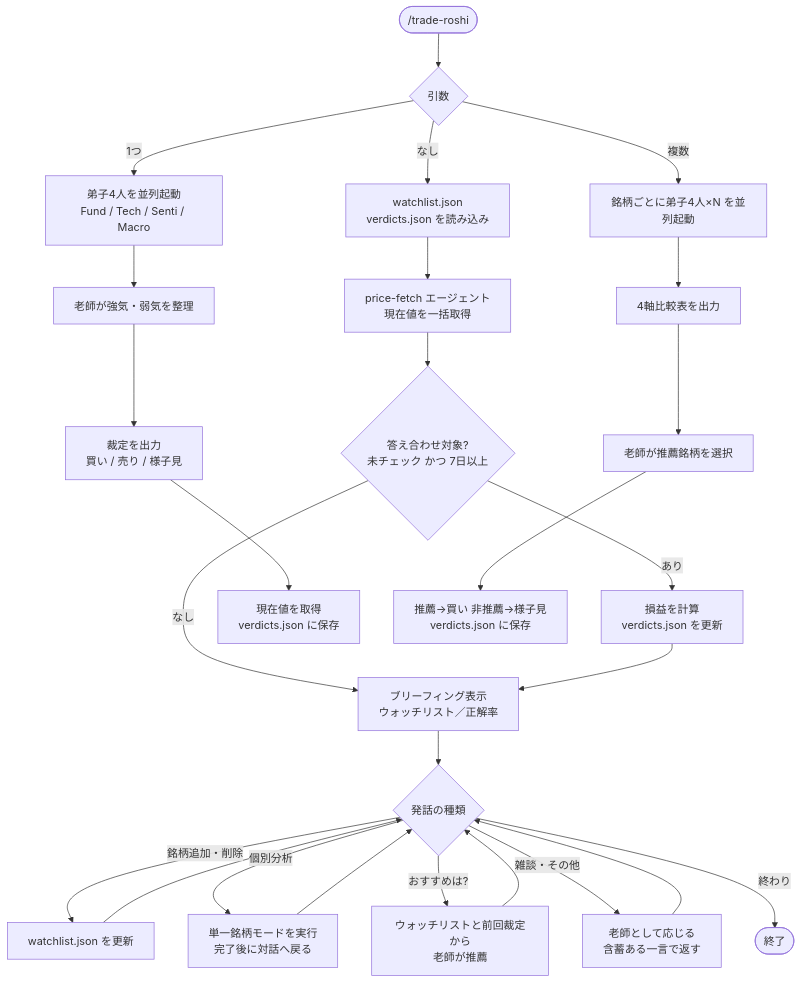
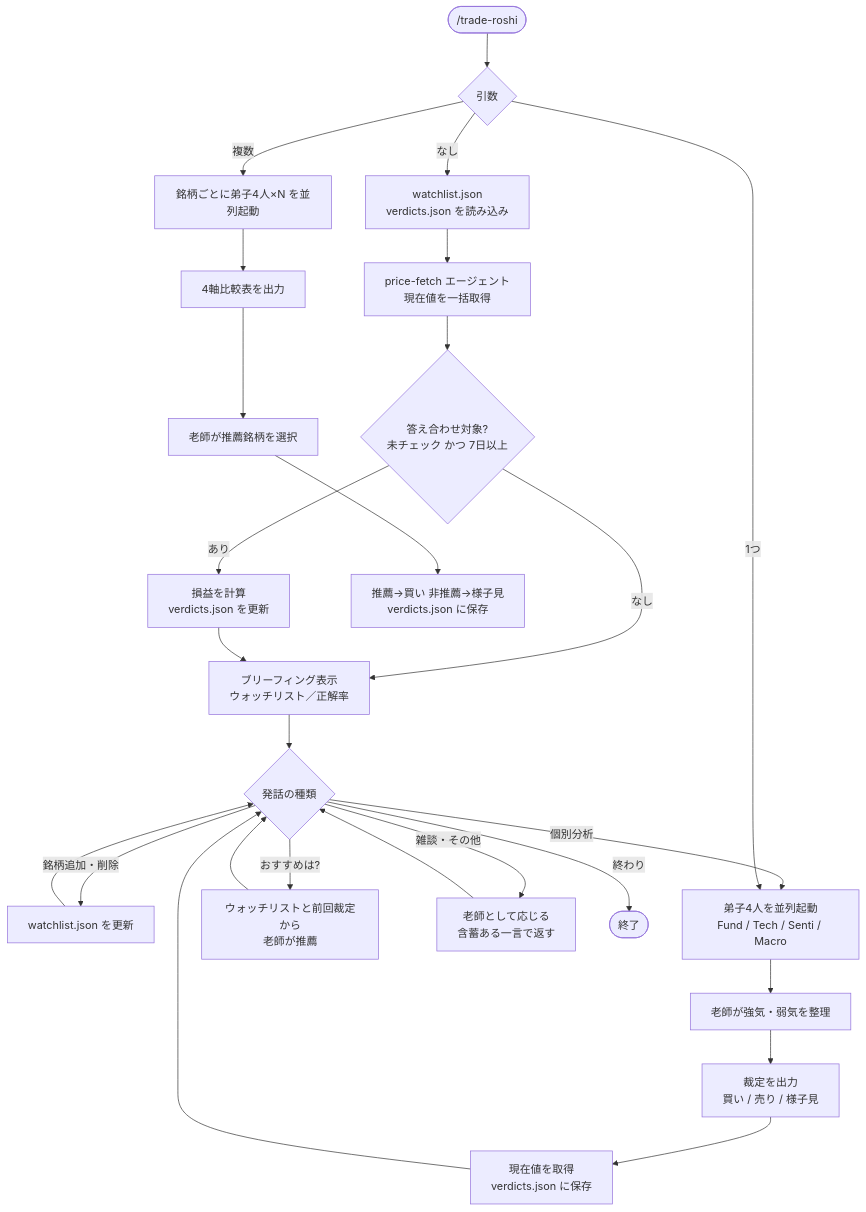
The diagram in claude/skills/trade-roshi/README.md (agaemo/dotfiles), drawn with Mermaid before and after one commit.

Commit message:
trade-roshi: フロー図の対話ループと単一銘柄分析を接続
- B6（個別分析）→ S1 の矢印を追加し、対話中の分析要求が
  引数1つのフローに合流することを明示
- S4 → B6 の矢印を追加し、分析完了後に対話ループへ戻ることを明示

````diff
--- a/claude/skills/trade-roshi/README.md
+++ b/claude/skills/trade-roshi/README.md
@@ -15,31 +15,31 @@
 ```mermaid
 flowchart TD
     Start([/trade-roshi]) --> Args{引数}
 
     Args -- なし --> B1[watchlist.json\nverdicts.json を読み込み]
     B1 --> B2[price-fetch エージェント\n現在値を一括取得]
     B2 --> B3{答え合わせ対象?\n未チェック かつ 7日以上}
     B3 -- あり --> B4[損益を計算\nverdicts.json を更新]
     B3 -- なし --> B5
     B4 --> B5[ブリーフィング表示\nウォッチリスト／正解率]
     B5 --> B6{発話の種類}
     B6 -- 銘柄追加・削除 --> B7[watchlist.json を更新]
-    B6 -- 個別分析 --> B8[単一銘柄モードを実行\n完了後に対話へ戻る]
+    B6 -- 個別分析 --> S1
     B6 -- おすすめは? --> B9[ウォッチリストと前回裁定から\n老師が推薦]
     B6 -- 雑談・その他 --> B10[老師として応じる\n含蓄ある一言で返す]
     B6 -- 終わり --> B11([終了])
     B7 --> B6
-    B8 --> B6
+    S4 --> B6
     B9 --> B6
     B10 --> B6
 
     Args -- 1つ --> S1[弟子4人を並列起動\nFund / Tech / Senti / Macro]
     S1 --> S2[老師が強気・弱気を整理]
     S2 --> S3[裁定を出力\n買い / 売り / 様子見]
     S3 --> S4[現在値を取得\nverdicts.json に保存]
 
     Args -- 複数 --> M1[銘柄ごとに弟子4人×N を並列起動]
     M1 --> M2[4軸比較表を出力]
     M2 --> M3[老師が推薦銘柄を選択]
     M3 --> M4[推薦→買い 非推薦→様子見\nverdicts.json に保存]
 ```
````
